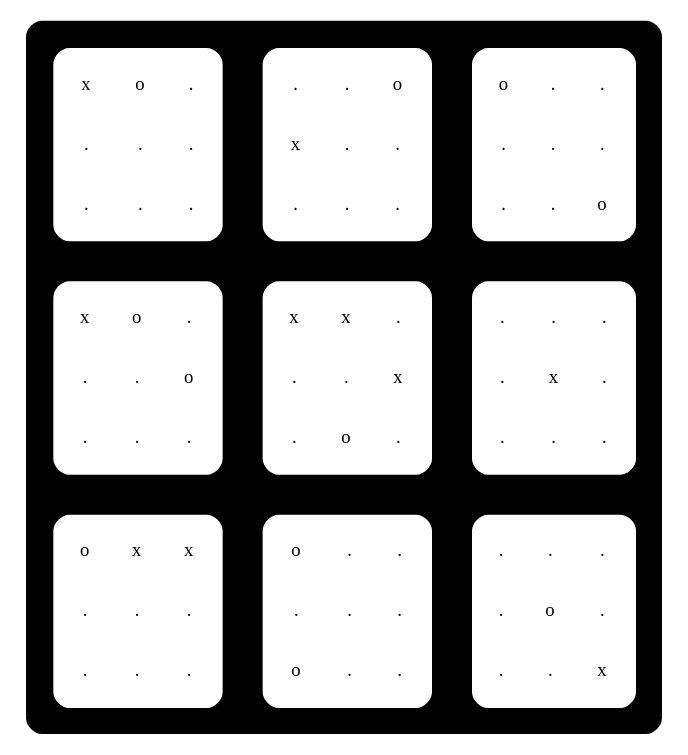
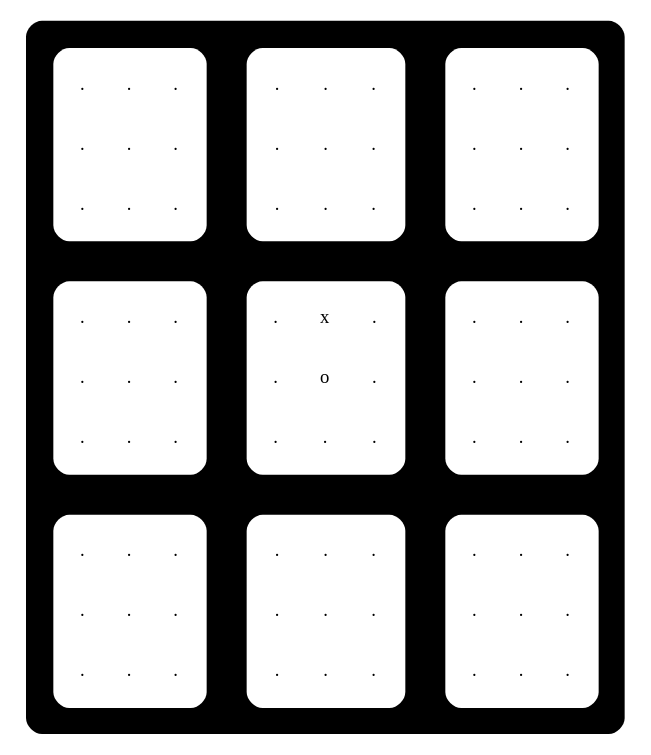
Before and after one commit to NicolasCestMoi/filrougeVRAI: the diagram in filrougesuite-codespace-stunning-space-trout-pvwr4pq6qpqf64rv/filrougeAAP-main/super_morpion/morpionUlt.dot, drawn with Graphviz. The commit also changed 10 other files, not shown here.

```diff
--- a/filrougesuite-codespace-stunning-space-trout-pvwr4pq6qpqf64rv/filrougeAAP-main/super_morpion/morpionUlt.dot
+++ b/filrougesuite-codespace-stunning-space-trout-pvwr4pq6qpqf64rv/filrougeAAP-main/super_morpion/morpionUlt.dot
@@ -1,182 +1,182 @@
 digraph {
   a0 [shape=none label=<<TABLE border="0" cellspacing="10" cellpadding="10" style="rounded" bgcolor="black">
     <TR>
 <TD bgcolor="black">
 <TABLE border="0" cellspacing="10" cellpadding="10" style="rounded" bgcolor="white">
   <TR>
-    <TD bgcolor="white">x</TD>
-    <TD bgcolor="white">o</TD>
+    <TD bgcolor="white">.</TD>
+    <TD bgcolor="white">.</TD>
     <TD bgcolor="white">.</TD>
   </TR>
   <TR>
     <TD bgcolor="white">.</TD>
     <TD bgcolor="white">.</TD>
     <TD bgcolor="white">.</TD>
   </TR>
   <TR>
     <TD bgcolor="white">.</TD>
     <TD bgcolor="white">.</TD>
     <TD bgcolor="white">.</TD>
   </TR>
 </TABLE>
 </TD>
 <TD bgcolor="black">
 <TABLE border="0" cellspacing="10" cellpadding="10" style="rounded" bgcolor="white">
   <TR>
     <TD bgcolor="white">.</TD>
     <TD bgcolor="white">.</TD>
-    <TD bgcolor="white">o</TD>
-  </TR>
-  <TR>
-    <TD bgcolor="white">x</TD>
     <TD bgcolor="white">.</TD>
-    <TD bgcolor="white">.</TD>
-  </TR>
-  <TR>
-    <TD bgcolor="white">.</TD>
-    <TD bgcolor="white">.</TD>
-    <TD bgcolor="white">.</TD>
-  </TR>
-</TABLE>
-</TD>
-<TD bgcolor="black">
-<TABLE border="0" cellspacing="10" cellpadding="10" style="rounded" bgcolor="white">
-  <TR>
-    <TD bgcolor="white">o</TD>
-    <TD bgcolor="white">.</TD>
-    <TD bgcolor="white">.</TD>
-  </TR>
-  <TR>
-    <TD bgcolor="white">.</TD>
-    <TD bgcolor="white">.</TD>
-    <TD bgcolor="white">.</TD>
-  </TR>
-  <TR>
-    <TD bgcolor="white">.</TD>
-    <TD bgcolor="white">.</TD>
-    <TD bgcolor="white">o</TD>
-  </TR>
-</TABLE>
-</TD>
- </TR>
- <TR>
-<TD bgcolor="black">
-<TABLE border="0" cellspacing="10" cellpadding="10" style="rounded" bgcolor="white">
-  <TR>
-    <TD bgcolor="white">x</TD>
-    <TD bgcolor="white">o</TD>
-    <TD bgcolor="white">.</TD>
-  </TR>
-  <TR>
-    <TD bgcolor="white">.</TD>
-    <TD bgcolor="white">.</TD>
-    <TD bgcolor="white">o</TD>
-  </TR>
-  <TR>
-    <TD bgcolor="white">.</TD>
-    <TD bgcolor="white">.</TD>
-    <TD bgcolor="white">.</TD>
-  </TR>
-</TABLE>
-</TD>
-<TD bgcolor="black">
-<TABLE border="0" cellspacing="10" cellpadding="10" style="rounded" bgcolor="white">
-  <TR>
-    <TD bgcolor="white">x</TD>
-    <TD bgcolor="white">x</TD>
-    <TD bgcolor="white">.</TD>
-  </TR>
-  <TR>
-    <TD bgcolor="white">.</TD>
-    <TD bgcolor="white">.</TD>
-    <TD bgcolor="white">x</TD>
-  </TR>
-  <TR>
-    <TD bgcolor="white">.</TD>
-    <TD bgcolor="white">o</TD>
-    <TD bgcolor="white">.</TD>
-  </TR>
-</TABLE>
-</TD>
-<TD bgcolor="black">
-<TABLE border="0" cellspacing="10" cellpadding="10" style="rounded" bgcolor="white">
-  <TR>
-    <TD bgcolor="white">.</TD>
-    <TD bgcolor="white">.</TD>
-    <TD bgcolor="white">.</TD>
-  </TR>
-  <TR>
-    <TD bgcolor="white">.</TD>
-    <TD bgcolor="white">x</TD>
-    <TD bgcolor="white">.</TD>
-  </TR>
-  <TR>
-    <TD bgcolor="white">.</TD>
-    <TD bgcolor="white">.</TD>
-    <TD bgcolor="white">.</TD>
-  </TR>
-</TABLE>
-</TD>
- </TR>
- <TR>
-<TD bgcolor="black">
-<TABLE border="0" cellspacing="10" cellpadding="10" style="rounded" bgcolor="white">
-  <TR>
-    <TD bgcolor="white">o</TD>
-    <TD bgcolor="white">x</TD>
-    <TD bgcolor="white">x</TD>
   </TR>
   <TR>
     <TD bgcolor="white">.</TD>
     <TD bgcolor="white">.</TD>
     <TD bgcolor="white">.</TD>
   </TR>
   <TR>
     <TD bgcolor="white">.</TD>
     <TD bgcolor="white">.</TD>
     <TD bgcolor="white">.</TD>
   </TR>
 </TABLE>
 </TD>
 <TD bgcolor="black">
 <TABLE border="0" cellspacing="10" cellpadding="10" style="rounded" bgcolor="white">
   <TR>
-    <TD bgcolor="white">o</TD>
+    <TD bgcolor="white">.</TD>
     <TD bgcolor="white">.</TD>
     <TD bgcolor="white">.</TD>
   </TR>
   <TR>
     <TD bgcolor="white">.</TD>
     <TD bgcolor="white">.</TD>
     <TD bgcolor="white">.</TD>
   </TR>
   <TR>
+    <TD bgcolor="white">.</TD>
+    <TD bgcolor="white">.</TD>
+    <TD bgcolor="white">.</TD>
+  </TR>
+</TABLE>
+</TD>
+ </TR>
+ <TR>
+<TD bgcolor="black">
+<TABLE border="0" cellspacing="10" cellpadding="10" style="rounded" bgcolor="white">
+  <TR>
+    <TD bgcolor="white">.</TD>
+    <TD bgcolor="white">.</TD>
+    <TD bgcolor="white">.</TD>
+  </TR>
+  <TR>
+    <TD bgcolor="white">.</TD>
+    <TD bgcolor="white">.</TD>
+    <TD bgcolor="white">.</TD>
+  </TR>
+  <TR>
+    <TD bgcolor="white">.</TD>
+    <TD bgcolor="white">.</TD>
+    <TD bgcolor="white">.</TD>
+  </TR>
+</TABLE>
+</TD>
+<TD bgcolor="black">
+<TABLE border="0" cellspacing="10" cellpadding="10" style="rounded" bgcolor="white">
+  <TR>
+    <TD bgcolor="white">.</TD>
+    <TD bgcolor="white">x</TD>
+    <TD bgcolor="white">.</TD>
+  </TR>
+  <TR>
+    <TD bgcolor="white">.</TD>
     <TD bgcolor="white">o</TD>
+    <TD bgcolor="white">.</TD>
+  </TR>
+  <TR>
+    <TD bgcolor="white">.</TD>
     <TD bgcolor="white">.</TD>
     <TD bgcolor="white">.</TD>
   </TR>
 </TABLE>
 </TD>
 <TD bgcolor="black">
 <TABLE border="0" cellspacing="10" cellpadding="10" style="rounded" bgcolor="white">
   <TR>
     <TD bgcolor="white">.</TD>
     <TD bgcolor="white">.</TD>
     <TD bgcolor="white">.</TD>
   </TR>
   <TR>
     <TD bgcolor="white">.</TD>
-    <TD bgcolor="white">o</TD>
+    <TD bgcolor="white">.</TD>
     <TD bgcolor="white">.</TD>
   </TR>
   <TR>
     <TD bgcolor="white">.</TD>
     <TD bgcolor="white">.</TD>
-    <TD bgcolor="white">x</TD>
+    <TD bgcolor="white">.</TD>
+  </TR>
+</TABLE>
+</TD>
+ </TR>
+ <TR>
+<TD bgcolor="black">
+<TABLE border="0" cellspacing="10" cellpadding="10" style="rounded" bgcolor="white">
+  <TR>
+    <TD bgcolor="white">.</TD>
+    <TD bgcolor="white">.</TD>
+    <TD bgcolor="white">.</TD>
+  </TR>
+  <TR>
+    <TD bgcolor="white">.</TD>
+    <TD bgcolor="white">.</TD>
+    <TD bgcolor="white">.</TD>
+  </TR>
+  <TR>
+    <TD bgcolor="white">.</TD>
+    <TD bgcolor="white">.</TD>
+    <TD bgcolor="white">.</TD>
+  </TR>
+</TABLE>
+</TD>
+<TD bgcolor="black">
+<TABLE border="0" cellspacing="10" cellpadding="10" style="rounded" bgcolor="white">
+  <TR>
+    <TD bgcolor="white">.</TD>
+    <TD bgcolor="white">.</TD>
+    <TD bgcolor="white">.</TD>
+  </TR>
+  <TR>
+    <TD bgcolor="white">.</TD>
+    <TD bgcolor="white">.</TD>
+    <TD bgcolor="white">.</TD>
+  </TR>
+  <TR>
+    <TD bgcolor="white">.</TD>
+    <TD bgcolor="white">.</TD>
+    <TD bgcolor="white">.</TD>
+  </TR>
+</TABLE>
+</TD>
+<TD bgcolor="black">
+<TABLE border="0" cellspacing="10" cellpadding="10" style="rounded" bgcolor="white">
+  <TR>
+    <TD bgcolor="white">.</TD>
+    <TD bgcolor="white">.</TD>
+    <TD bgcolor="white">.</TD>
+  </TR>
+  <TR>
+    <TD bgcolor="white">.</TD>
+    <TD bgcolor="white">.</TD>
+    <TD bgcolor="white">.</TD>
+  </TR>
+  <TR>
+    <TD bgcolor="white">.</TD>
+    <TD bgcolor="white">.</TD>
+    <TD bgcolor="white">.</TD>
   </TR>
 </TABLE>
 </TD>
  </TR>
  </TABLE>
 >];
 }
```
